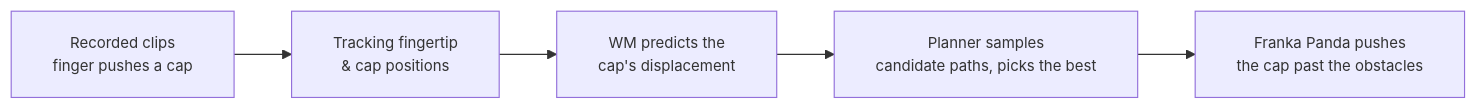
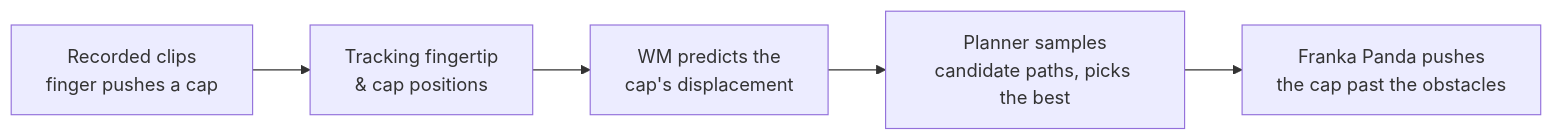
Before and after one commit to arthurlevis/capWM: the diagram in README.md, drawn with Mermaid. The commit also changed other lines of this file, not shown here.

````diff
--- a/README.md
+++ b/README.md
@@ -32,8 +32,7 @@
 ```mermaid
-%%{init: {"flowchart": {"padding": 18, "nodeSpacing": 40, "wrappingWidth": 300, "htmlLabels": true}, "themeVariables": {"fontSize": "13px"}}}%%
 flowchart LR
     A["Recorded clips<br>finger pushes a cap"] --> B["Tracking fingertip<br>& cap positions"]
     B --> C["WM predicts the<br>cap's displacement"]
     C --> D["Planner samples<br>candidate paths, picks the best"]
     D --> E["Franka Panda pushes<br>the cap past the obstacles"]
 ```
````
